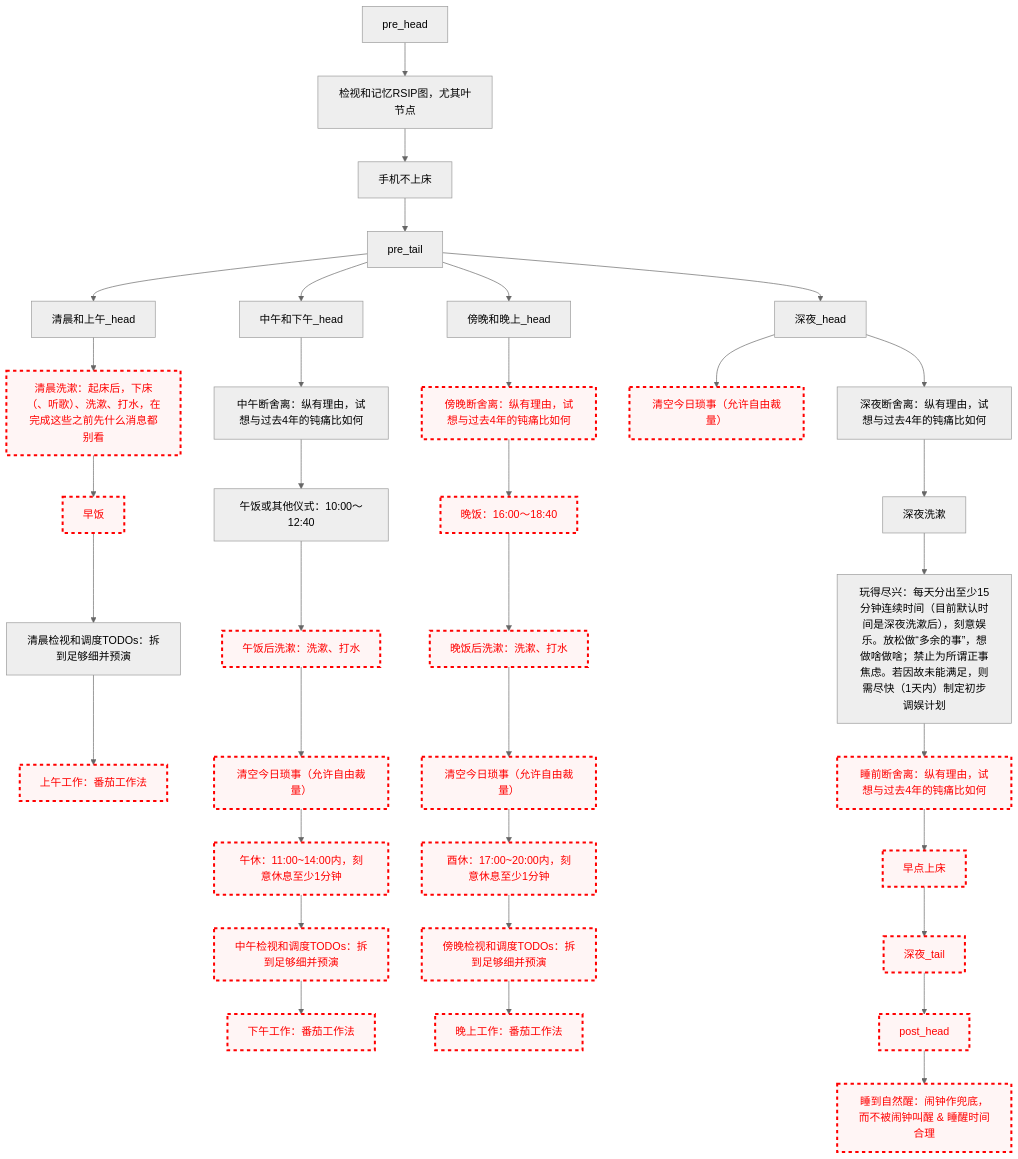
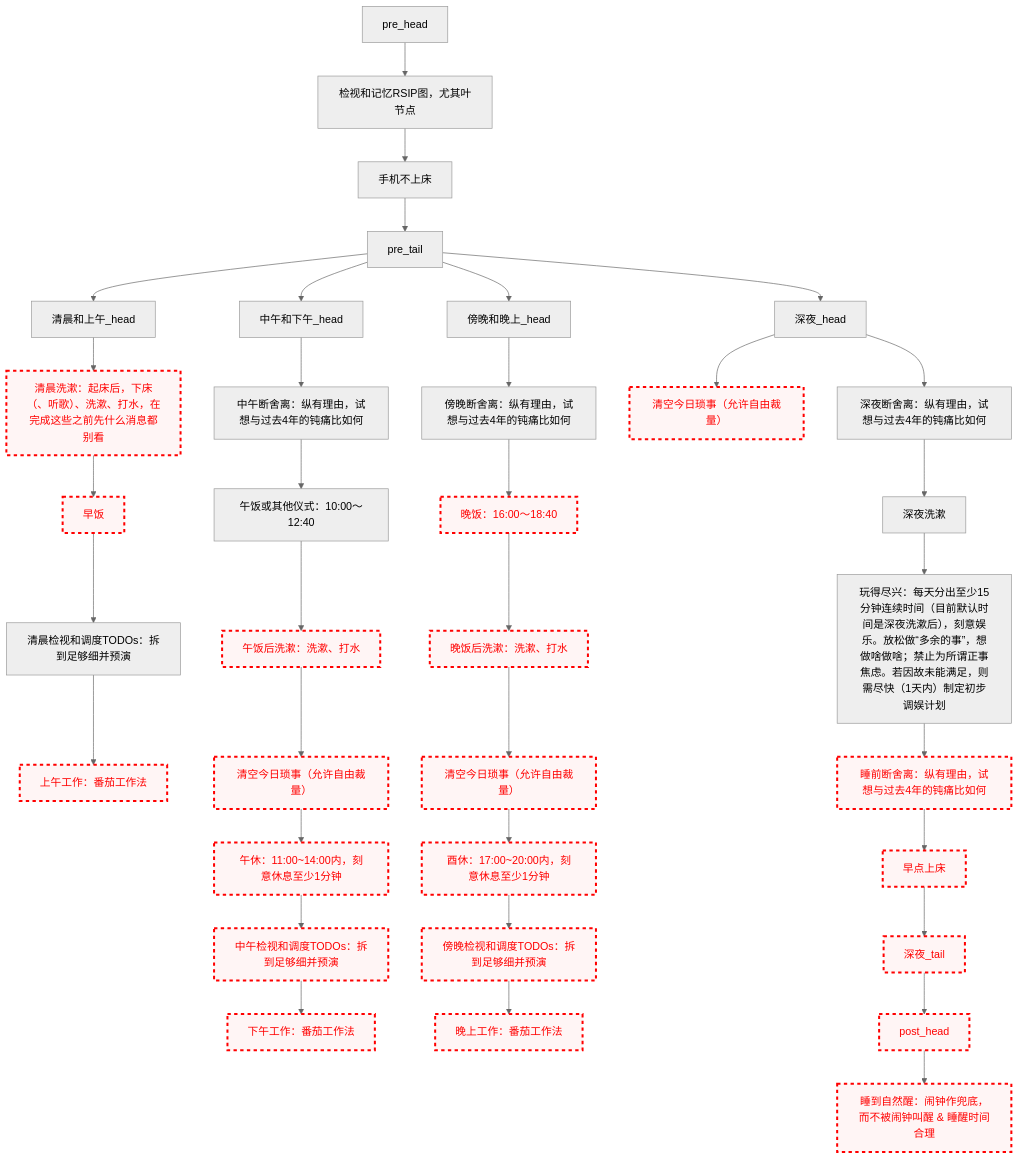
Before and after one commit to Ethkuil/RSIP-tree: the diagram in README.md, drawn with Mermaid (neutral theme).

Commit message:
enable 傍晚断舍离

````diff
--- a/README.md
+++ b/README.md
@@ -21,70 +21,69 @@
 ```mermaid
 graph TD
 
 classDef failed stroke:#ff0000, stroke-width:3px, color:#ff0000, fill:#fff5f5, stroke-dasharray: 5
 
 pre_head --> RSIP[检视和记忆RSIP图，尤其叶节点]
 RSIP --> 手机不上床
 手机不上床 --> pre_tail
 
 
 pre_tail --> 清晨和上午_head
 清晨和上午_head --> 清晨洗漱
 清晨洗漱[清晨洗漱：起床后，下床（、听歌）、洗漱、打水，在完成这些之前先什么消息都别看]
 class 清晨洗漱 failed
 清晨洗漱 --> 早饭
 class 早饭 failed
 早饭 --> 清晨看TODO[清晨检视和调度TODOs：拆到足够细并预演]
 class 清晨看TODO failed.
 清晨看TODO --> 上午工作[上午工作：番茄工作法]
 class 上午工作 failed
 
 pre_tail --> 中午和下午_head
 中午和下午_head --> 中午断舍离[中午断舍离：纵有理由，试想与过去4年的钝痛比如何]
 中午断舍离 --> 午饭[午饭或其他仪式：10:00～12:40]
 午饭 --> 午饭后洗漱[午饭后洗漱：洗漱、打水]
 class 午饭后洗漱 failed
 午饭后洗漱 --> 中午今日琐事[清空今日琐事（允许自由裁量）]
 class 中午今日琐事 failed
 中午今日琐事 --> 午休[午休：11:00~14:00内，刻意休息至少1分钟]
 class 午休 failed
 午休 --> 中午看TODO[中午检视和调度TODOs：拆到足够细并预演]
 class 中午看TODO failed
 中午看TODO --> 下午工作[下午工作：番茄工作法]
 class 下午工作 failed
 
 pre_tail --> 傍晚和晚上_head
 傍晚和晚上_head --> 傍晚断舍离[傍晚断舍离：纵有理由，试想与过去4年的钝痛比如何]
-class 傍晚断舍离 failed
 傍晚断舍离 --> 晚饭[晚饭：16:00～18:40]
 class 晚饭 failed
 晚饭 --> 晚饭后洗漱[晚饭后洗漱：洗漱、打水]
 class 晚饭后洗漱 failed
 晚饭后洗漱 --> 傍晚今日琐事[清空今日琐事（允许自由裁量）]
 class 傍晚今日琐事 failed
 傍晚今日琐事 --> 酉休[酉休：17:00~20:00内，刻意休息至少1分钟]
 class 酉休 failed
 酉休 --> 傍晚看TODO[傍晚检视和调度TODOs：拆到足够细并预演]
 class 傍晚看TODO failed
 傍晚看TODO --> 晚上工作[晚上工作：番茄工作法]
 class 晚上工作 failed
 
 pre_tail --> 深夜_head
 深夜_head --> 深夜今日琐事[清空今日琐事（允许自由裁量）]
 class 深夜今日琐事 failed
 深夜_head --> 深夜断舍离[深夜断舍离：纵有理由，试想与过去4年的钝痛比如何]
 深夜断舍离 --> 深夜洗漱
 深夜洗漱 --> 玩得尽兴[玩得尽兴：每天分出至少15分钟连续时间（目前默认时间是深夜洗漱后），刻意娱乐。放松做“多余的事”，想做啥做啥；禁止为所谓正事焦虑。若因故未能满足，则需尽快（1天内）制定初步调娱计划]
 玩得尽兴 --> 睡前断舍离[睡前断舍离：纵有理由，试想与过去4年的钝痛比如何]
 class 睡前断舍离 failed
 睡前断舍离 --> 早点上床
 class 早点上床 failed
 早点上床 --> 深夜_tail
 class 深夜_tail failed
 
 
 深夜_tail --> post_head
 class post_head failed
 post_head --> 睡到自然醒[睡到自然醒：闹钟作兜底，而不被闹钟叫醒 & 睡醒时间合理]
 class 睡到自然醒 failed
 ```
````
